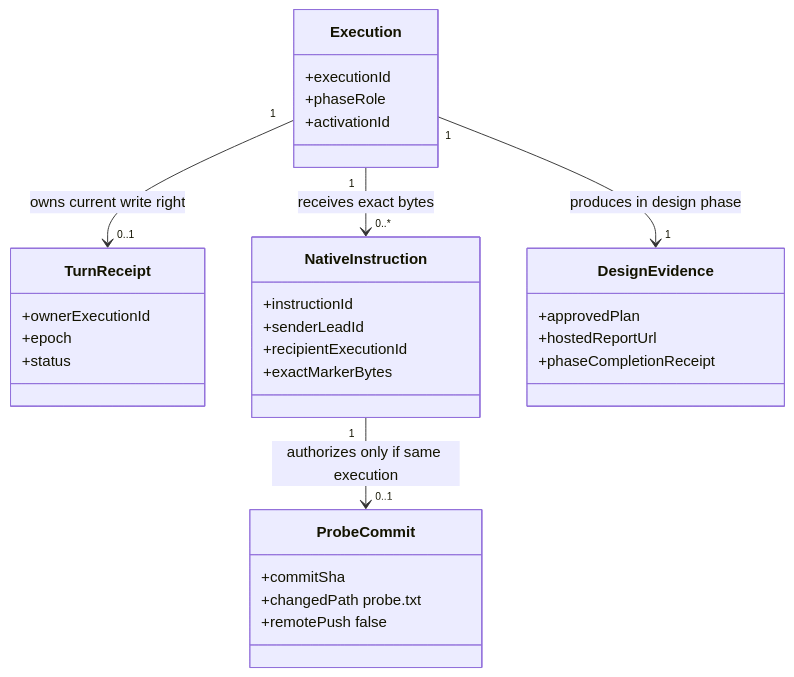
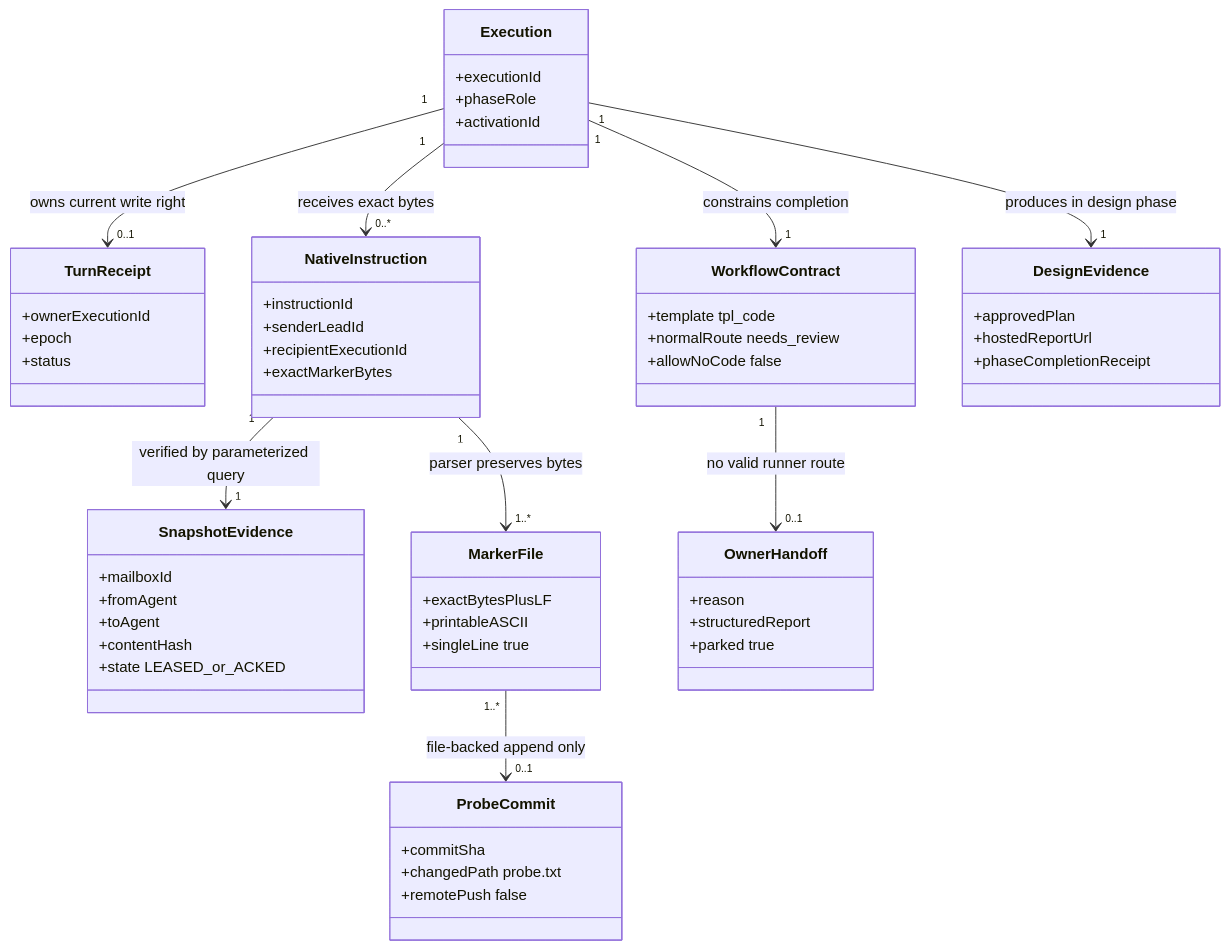
One commit to xrliAnnie/flywheel-qa-sandbox changed the diagram in engineering/doc/FLY-3125-native-transport-canary/data-model.mmd. Above: the diagram before and after it, drawn with Mermaid. The commit also changed 6 other files, not shown here.

```diff
--- a/engineering/doc/FLY-3125-native-transport-canary/data-model.mmd
+++ b/engineering/doc/FLY-3125-native-transport-canary/data-model.mmd
@@ -1,32 +1,58 @@
 classDiagram
     class Execution {
       +executionId
       +phaseRole
       +activationId
     }
     class TurnReceipt {
       +ownerExecutionId
       +epoch
       +status
     }
     class NativeInstruction {
       +instructionId
       +senderLeadId
       +recipientExecutionId
       +exactMarkerBytes
     }
+    class SnapshotEvidence {
+      +mailboxId
+      +fromAgent
+      +toAgent
+      +contentHash
+      +state LEASED_or_ACKED
+    }
+    class MarkerFile {
+      +exactBytesPlusLF
+      +printableASCII
+      +singleLine true
+    }
     class ProbeCommit {
       +commitSha
       +changedPath probe.txt
       +remotePush false
+    }
+    class WorkflowContract {
+      +template tpl_code
+      +normalRoute needs_review
+      +allowNoCode false
+    }
+    class OwnerHandoff {
+      +reason
+      +structuredReport
+      +parked true
     }
     class DesignEvidence {
       +approvedPlan
       +hostedReportUrl
       +phaseCompletionReceipt
     }
 
     Execution "1" --> "0..1" TurnReceipt : owns current write right
     Execution "1" --> "0..*" NativeInstruction : receives exact bytes
-    NativeInstruction "1" --> "0..1" ProbeCommit : authorizes only if same execution
+    NativeInstruction "1" --> "1" SnapshotEvidence : verified by parameterized query
+    NativeInstruction "1" --> "1..*" MarkerFile : parser preserves bytes
+    MarkerFile "1..*" --> "0..1" ProbeCommit : file-backed append only
+    Execution "1" --> "1" WorkflowContract : constrains completion
+    WorkflowContract "1" --> "0..1" OwnerHandoff : no valid runner route
     Execution "1" --> "1" DesignEvidence : produces in design phase
```
